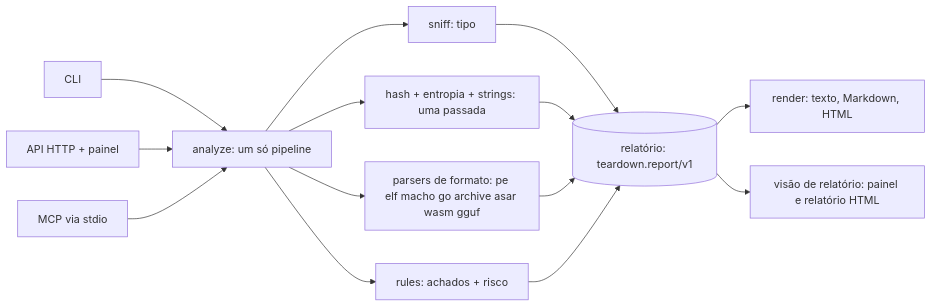
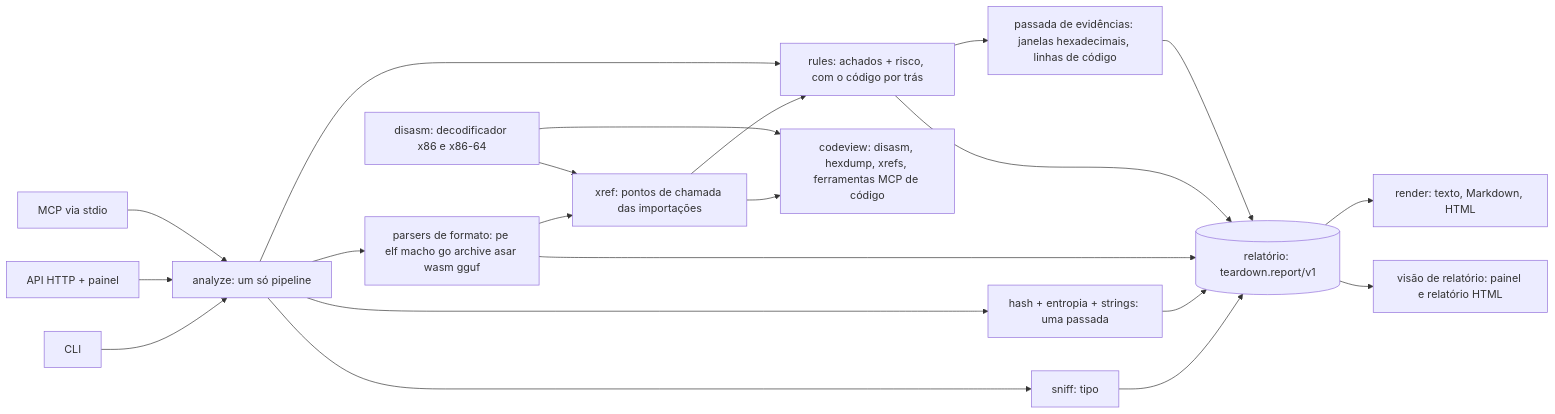
The diagram in README.pt-BR.md (q6r/teardown), drawn with Mermaid before and after one commit. The commit also changed other lines of this file and 14 other files, not shown here.

````diff
--- a/README.pt-BR.md
+++ b/README.pt-BR.md
@@ -265,16 +362,23 @@
 ```mermaid
 flowchart LR
   CLI["CLI"] --> AN
   HTTP["API HTTP + painel"] --> AN
   MCP["MCP via stdio"] --> AN
   AN["analyze: um só pipeline"] --> SN["sniff: tipo"]
   AN --> HS["hash + entropia + strings: uma passada"]
   AN --> FM["parsers de formato: pe elf macho go archive asar wasm gguf"]
-  AN --> RU["rules: achados + risco"]
+  FM --> XR["xref: pontos de chamada das importações"]
+  DA["disasm: decodificador x86 e x86-64"] --> XR
+  XR --> RU["rules: achados + risco, com o código por trás"]
+  AN --> RU
+  RU --> EV["passada de evidências: janelas hexadecimais, linhas de código"]
   SN --> RP[("relatório: teardown.report/v1")]
   HS --> RP
   FM --> RP
   RU --> RP
+  EV --> RP
   RP --> RN["render: texto, Markdown, HTML"]
   RP --> UI["visão de relatório: painel e relatório HTML"]
+  XR --> CV["codeview: disasm, hexdump, xrefs, ferramentas MCP de código"]
+  DA --> CV
 ```
````
